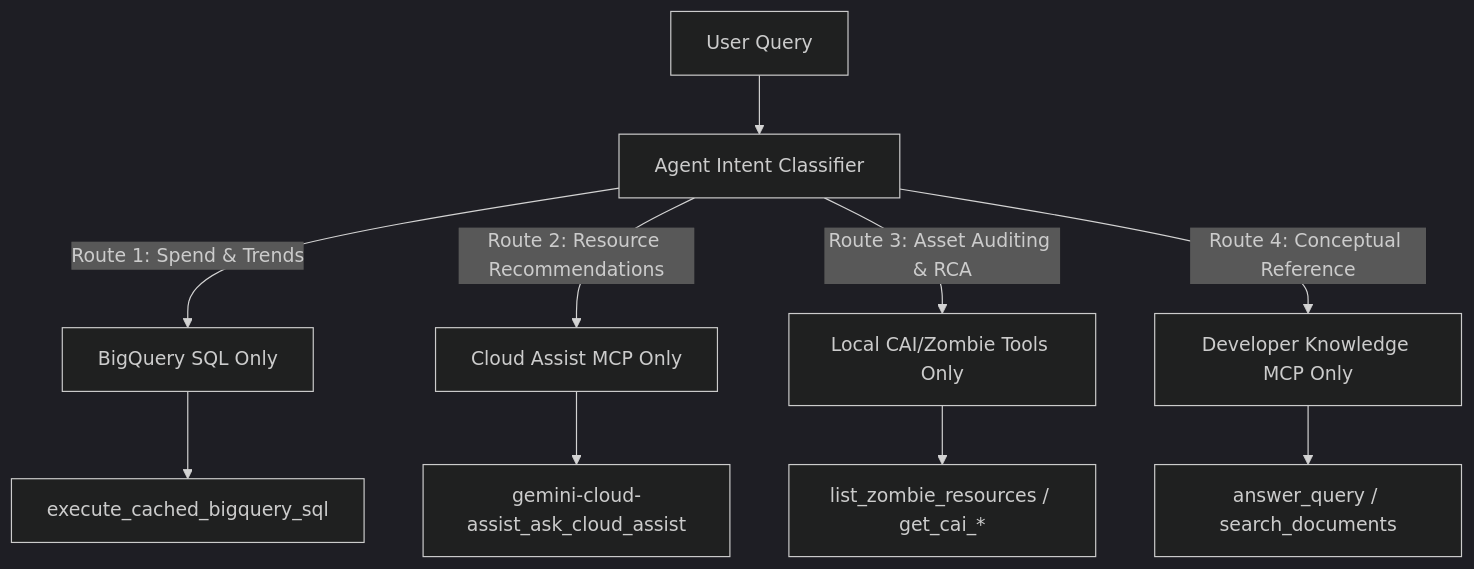
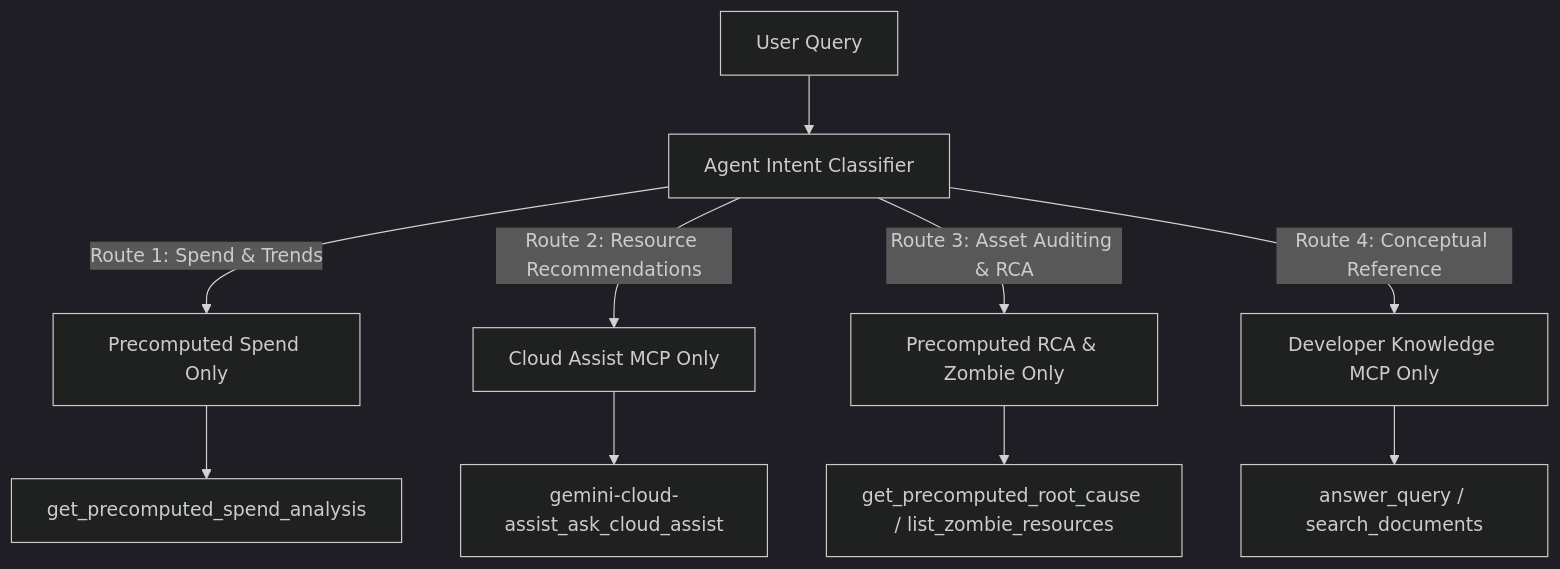
The third of 3 diagrams in docs/architecture-and-walkthrough.md (derailed-dash/smart-gcp-finops), drawn with Mermaid (dark theme) before and after one commit. The commit also changed other lines of this file and 6 other files, not shown here.

````diff
--- a/docs/architecture-and-walkthrough.md
+++ b/docs/architecture-and-walkthrough.md
@@ -334,16 +340,16 @@
 ```mermaid
 graph TD
     UserQuery[User Query] --> Classifier[Agent Intent Classifier]
     
-    Classifier -->|Route 1: Spend & Trends| Route1[BigQuery SQL Only]
-    Route1 --> BQTool[execute_cached_bigquery_sql]
+    Classifier -->|Route 1: Spend & Trends| Route1[Precomputed Spend Only]
+    Route1 --> BQTool[get_precomputed_spend_analysis]
     
     Classifier -->|Route 2: Resource Recommendations| Route2[Cloud Assist MCP Only]
     Route2 --> CATool[gemini-cloud-assist_ask_cloud_assist]
     
-    Classifier -->|Route 3: Asset Auditing & RCA| Route3[Local CAI/Zombie Tools Only]
-    Route3 --> CAITools[list_zombie_resources / get_cai_*]
+    Classifier -->|Route 3: Asset Auditing & RCA| Route3[Precomputed RCA & Zombie Only]
+    Route3 --> CAITools[get_precomputed_root_cause / list_zombie_resources]
     
     Classifier -->|Route 4: Conceptual Reference| Route4[Developer Knowledge MCP Only]
     Route4 --> DocTools[answer_query / search_documents]
 ```
````
